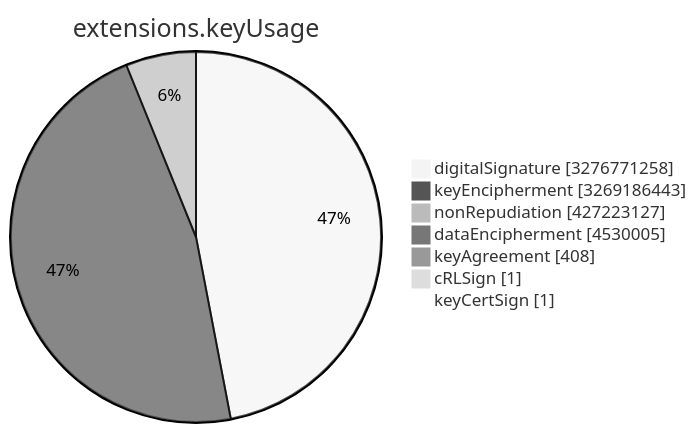
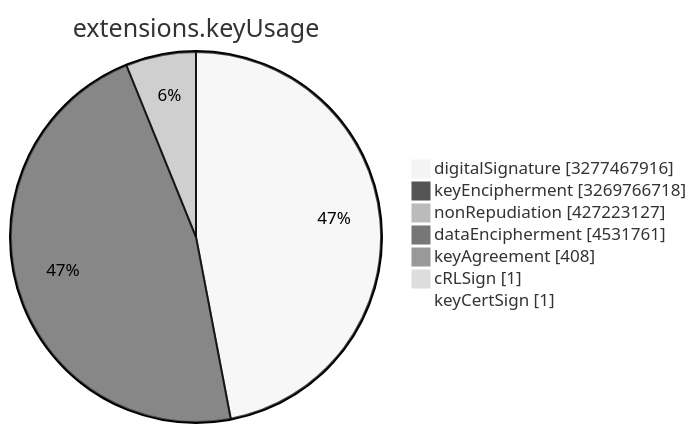
Before and after one commit to christiankrug/ctmonitor_visualization: the sixth of 15 diagrams in TOTAL/README.md, drawn with Mermaid (neutral theme). The commit also changed other lines of this file, not shown here.

````diff
--- a/TOTAL/README.md
+++ b/TOTAL/README.md
@@ -3078,11 +3078,11 @@
 ```mermaid
 pie showData
 title extensions.keyUsage
-"digitalSignature" :3276771258
-"keyEncipherment" :3269186443
+"digitalSignature" :3277467916
+"keyEncipherment" :3269766718
 "nonRepudiation" :427223127
-"dataEncipherment" :4530005
+"dataEncipherment" :4531761
 "keyAgreement" :408
 "cRLSign" :1
 "keyCertSign" :1
 ```
````
